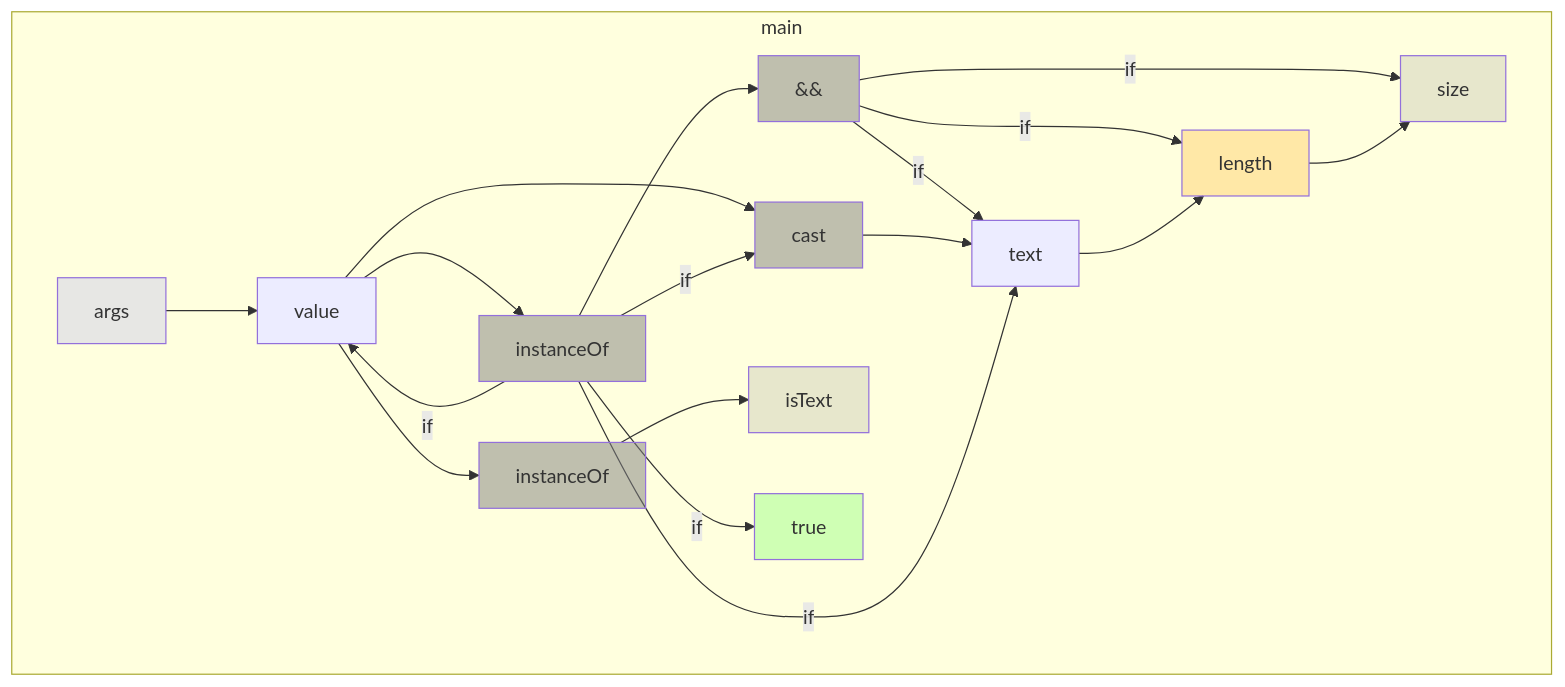
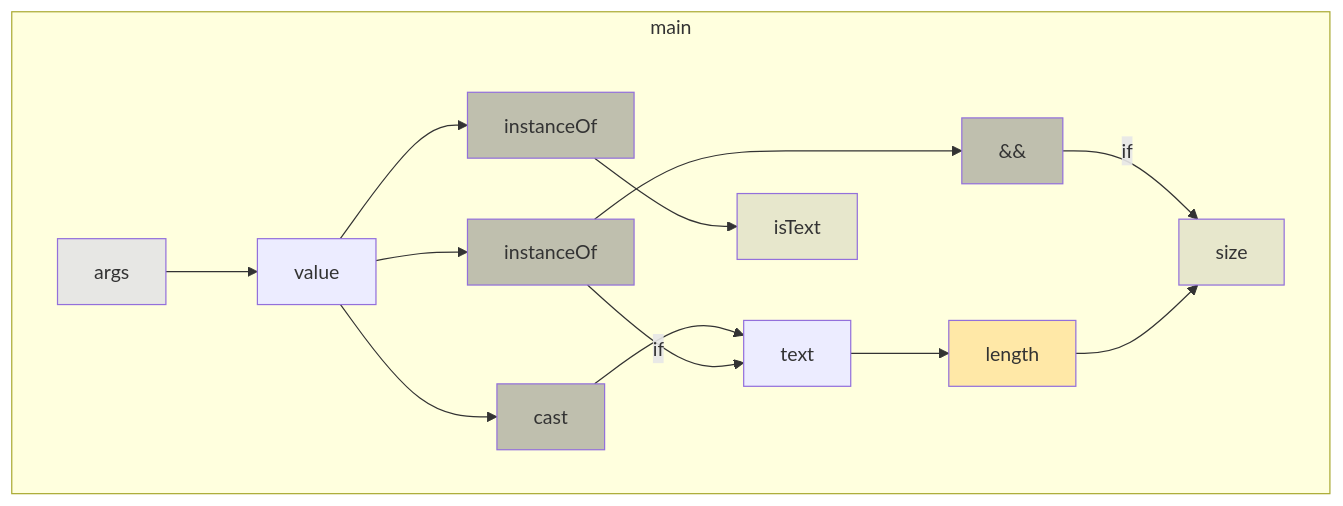
Before and after one commit to gstiebler/codeflow: the diagram in app/src/test/resources/instanceOf/spike-truth.md, drawn with Mermaid. The commit also changed 21 other files, not shown here.

````diff
--- a/app/src/test/resources/instanceOf/spike-truth.md
+++ b/app/src/test/resources/instanceOf/spike-truth.md
@@ -3,39 +3,33 @@
 ```mermaid
 flowchart TD
   subgraph m0["main"]
     n0["&&"]:::BIN_OP
     n1["cast"]:::BIN_OP
     n2["instanceOf"]:::BIN_OP
     n3["instanceOf"]:::BIN_OP
     n4["length"]:::EXTERNAL
     n5["args"]:::FUNC_PARAM
-    n6["true"]:::LITERAL
-    n7["isText"]:::VARIABLE
-    n8["size"]:::VARIABLE
-    n9["text"]:::OBJ_VARIABLE
-    n10["value"]:::OBJ_VARIABLE
+    n6["isText"]:::VARIABLE
+    n7["size"]:::VARIABLE
+    n8["text"]:::OBJ_VARIABLE
+    n9["value"]:::OBJ_VARIABLE
   end
-  n0 -->|if| n4
-  n0 -->|if| n8
-  n0 -->|if| n9
-  n1 --> n9
-  n10 --> n1
-  n10 --> n2
-  n10 --> n3
-  n2 --> n7
+  n0 -->|if| n7
+  n1 --> n8
+  n2 --> n6
   n3 --> n0
-  n3 -->|if| n1
-  n3 -->|if| n10
-  n3 -->|if| n6
-  n3 -->|if| n9
-  n4 --> n8
-  n5 --> n10
-  n9 --> n4
+  n3 -->|if| n8
+  n4 --> n7
+  n5 --> n9
+  n8 --> n4
+  n9 --> n1
+  n9 --> n2
+  n9 --> n3
   classDef LITERAL fill:#00FF0030
   classDef VARIABLE fill:#80808030
   classDef BIN_OP fill:#80808080
   classDef FUNC_PARAM fill:#8080FF30
   classDef RETURN fill:#FF808080
   classDef EXTERNAL fill:#FFA50040
   classDef UNMODELLED fill:#FF000030,stroke-dasharray: 4 2
 ```
````
